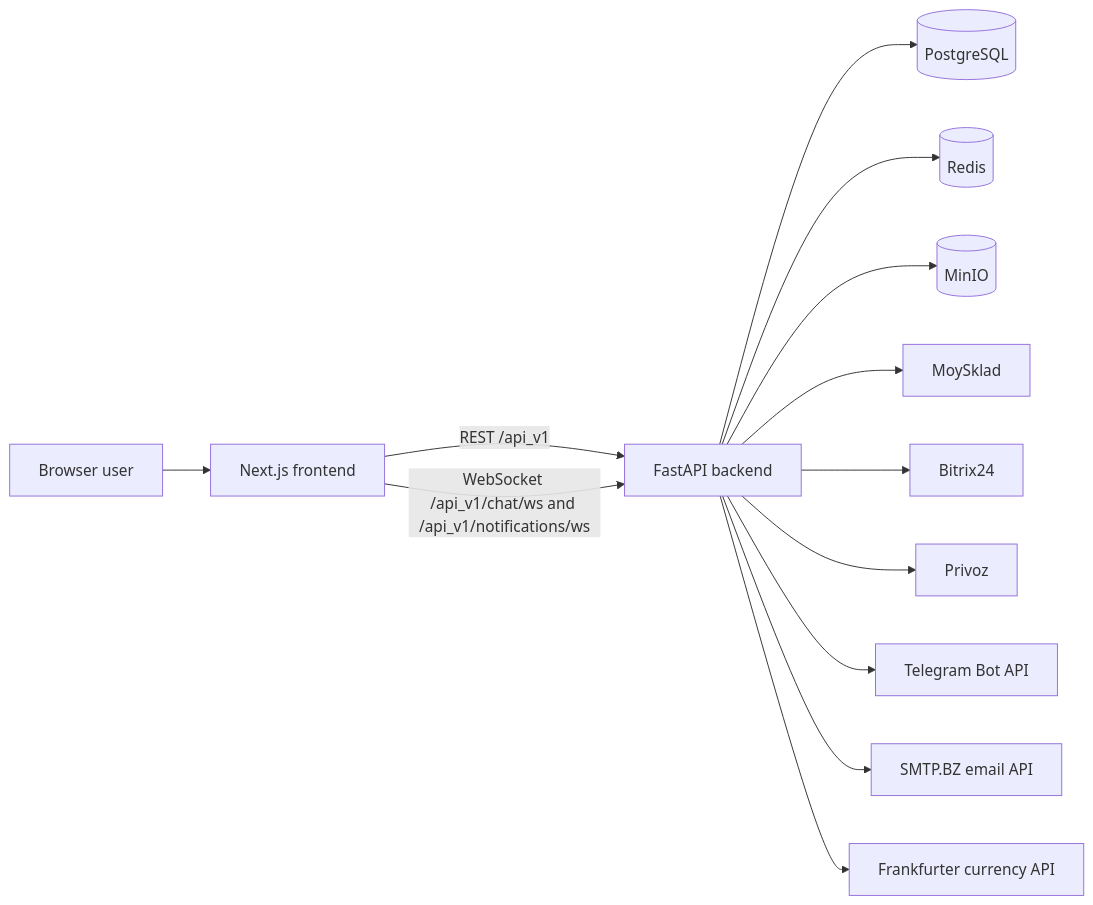
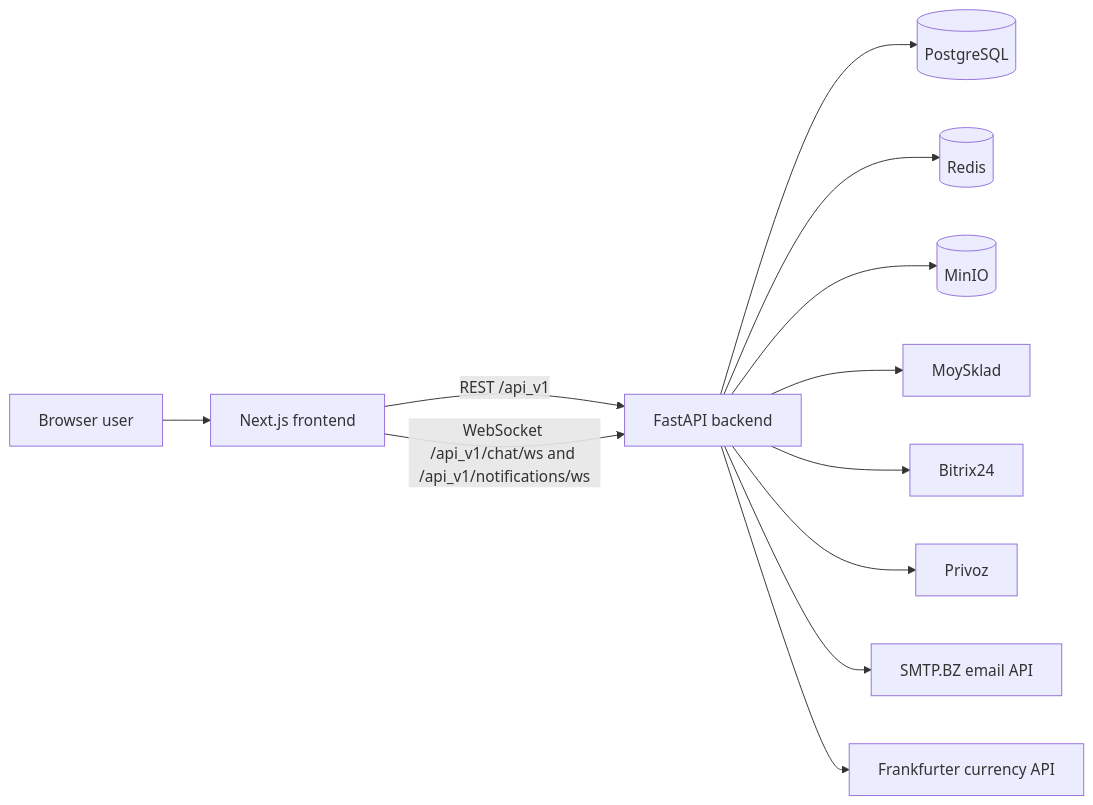
The first of 2 diagrams in docs/ARCHITECTURE.md (Sizlik/pix_backend), drawn with Mermaid before and after one commit. The commit also changed other lines of this file and 17 other files, not shown here.

````diff
--- a/docs/ARCHITECTURE.md
+++ b/docs/ARCHITECTURE.md
@@ -5,15 +5,14 @@
 ```mermaid
 flowchart LR
     U["Browser user"] --> F["Next.js frontend"]
     F -->|"REST /api_v1"| A["FastAPI backend"]
     F -->|"WebSocket /api_v1/chat/ws and /api_v1/notifications/ws"| A
     A --> P[("PostgreSQL")]
     A --> R[("Redis")]
     A --> S[("MinIO")]
     A --> M["MoySklad"]
     A --> B["Bitrix24"]
     A --> V["Privoz"]
-    A --> T["Telegram Bot API"]
     A --> E["SMTP.BZ email API"]
     A --> C["Frankfurter currency API"]
 ```
````
